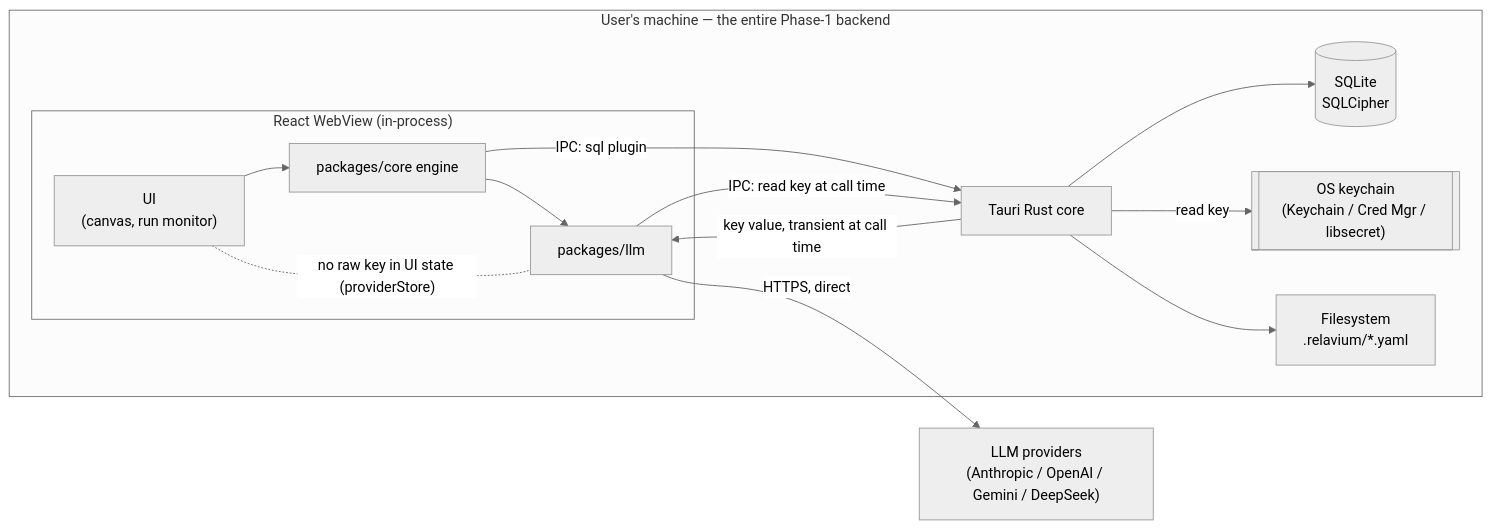
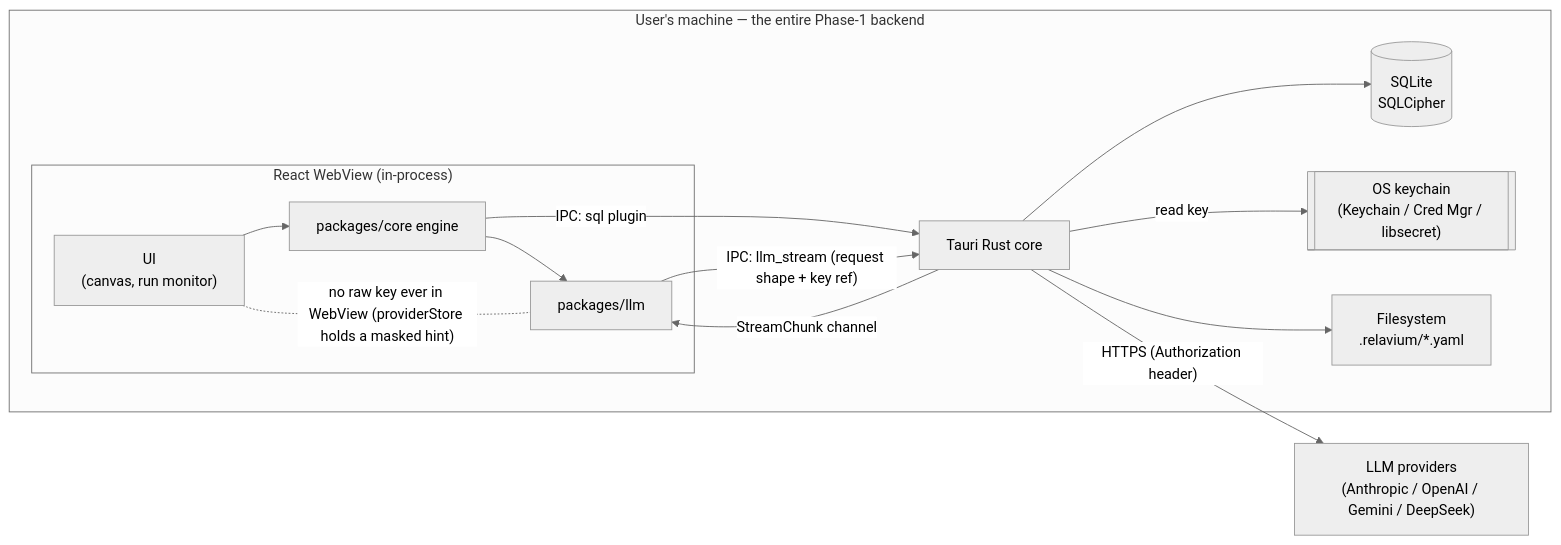
The diagram in docs/architecture/local-first-and-security.md (HodeTech/Relavium), drawn with Mermaid (neutral theme) before and after one commit. The commit also changed other lines of this file and 46 other files, not shown here.

````diff
--- a/docs/architecture/local-first-and-security.md
+++ b/docs/architecture/local-first-and-security.md
@@ -14,26 +14,26 @@
 ```mermaid
 flowchart LR
     subgraph Machine["User's machine — the entire Phase-1 backend"]
         subgraph WebView["React WebView (in-process)"]
             UI["UI<br/>(canvas, run monitor)"]
             Core["packages/core engine"]
             LLM["packages/llm"]
         end
         Rust["Tauri Rust core"]
         SQLite[("SQLite<br/>SQLCipher")]
         KC[["OS keychain<br/>(Keychain / Cred Mgr / libsecret)"]]
         FS["Filesystem<br/>.relavium/*.yaml"]
     end
     Providers["LLM providers<br/>(Anthropic / OpenAI / Gemini / DeepSeek)"]
 
     UI --> Core
     Core --> LLM
     Core -->|IPC: sql plugin| Rust
     Rust --> SQLite
     Rust --> FS
-    LLM -->|IPC: read key at call time| Rust
+    LLM -->|"IPC: llm_stream (request shape + key ref)"| Rust
     Rust -->|read key| KC
-    Rust -->|key value, transient at call time| LLM
-    LLM -->|HTTPS, direct| Providers
-    UI -. "no raw key in UI state (providerStore)" .- LLM
+    Rust -->|"HTTPS (Authorization header)"| Providers
+    Rust -->|StreamChunk channel| LLM
+    UI -. "no raw key ever in WebView (providerStore holds a masked hint)" .- LLM
 ```
````
